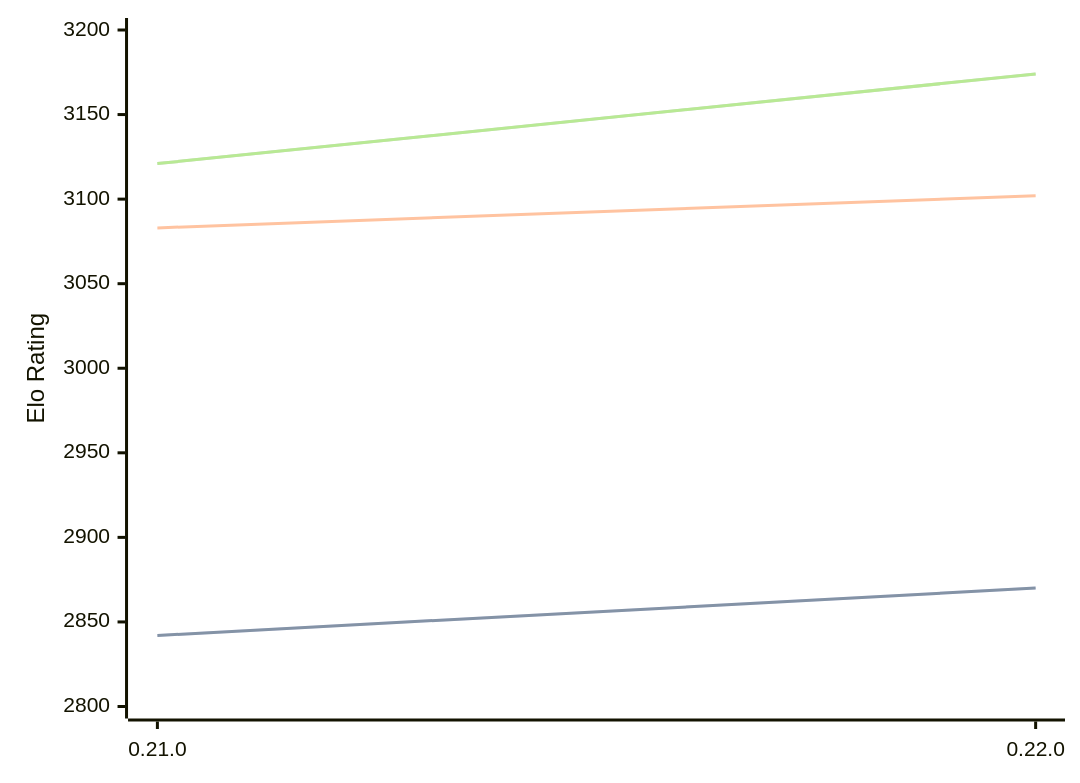
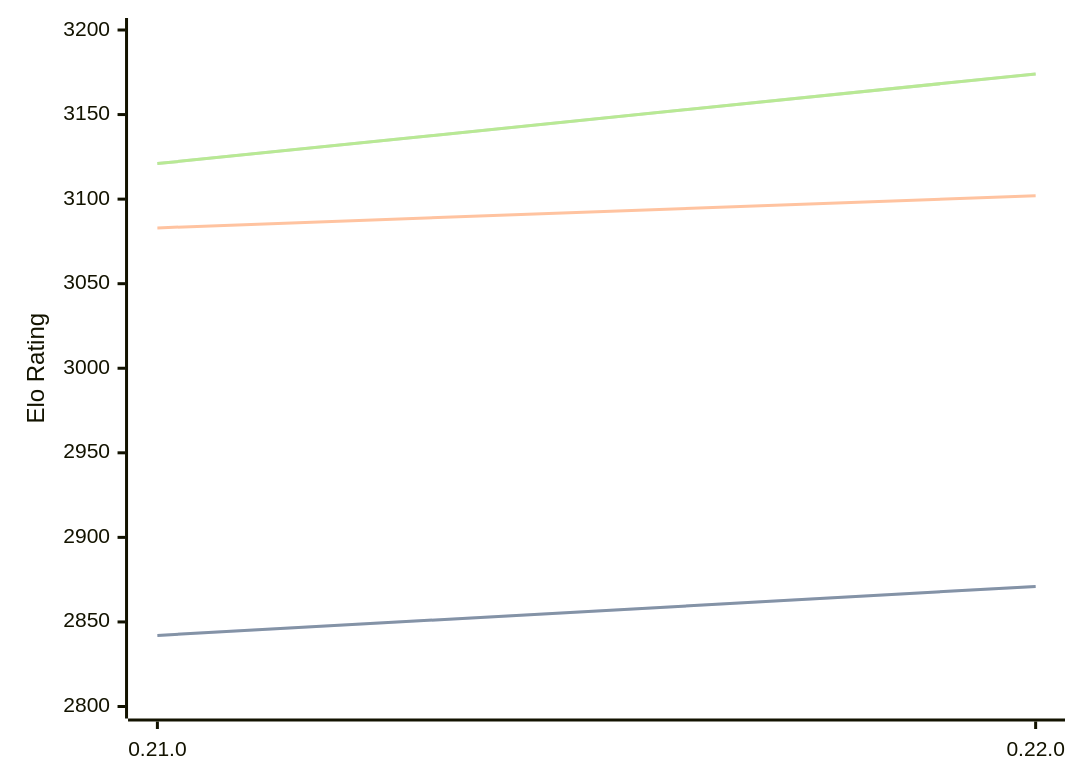
The diagram in engines/Princhess.md (computer-chess-index/cci), drawn with Mermaid before and after one commit. The commit also changed other lines of this file, not shown here.

````diff
--- a/engines/Princhess.md
+++ b/engines/Princhess.md
@@ -32,11 +32,11 @@
 ```mermaid
 %%{init: {"theme":"base","themeVariables":{"seriesColors:['#a3a3a3','#222221','#faa371']}}}%%
 xychart-beta
   x-axis ["0.21.0", "0.22.0"]
   y-axis "Elo Rating" 2800 --> 3200
-  line "" [2842, 2870]
-  line "STC (8.0+0.08s)" [2842, 2870]
+  line "" [2842, 2871]
+  line "STC (8.0+0.08s)" [2842, 2871]
   line "LTC (60.0+0.60s)" [3083, 3102]
   line "" [3121, 3174]
   line "VLTC (2m24s+1.12s)" [3121, 3174]
 ```
````
